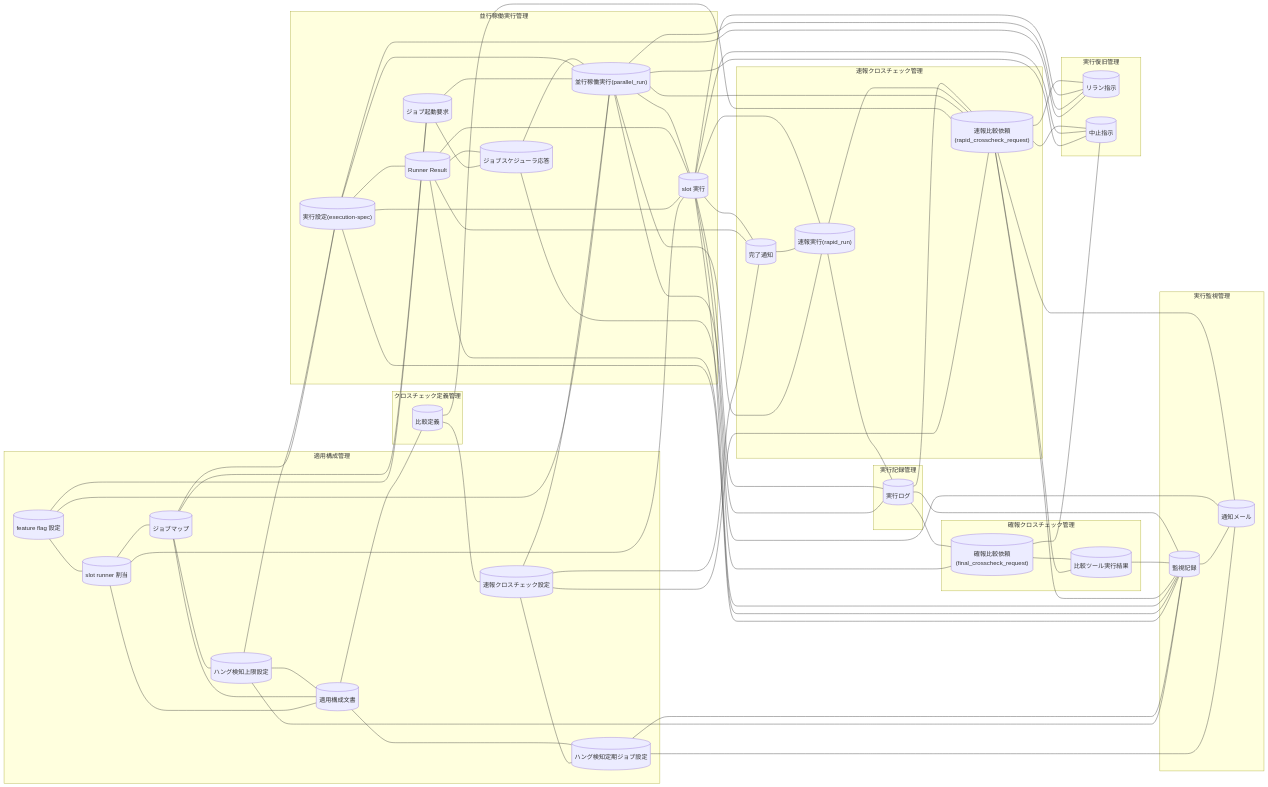
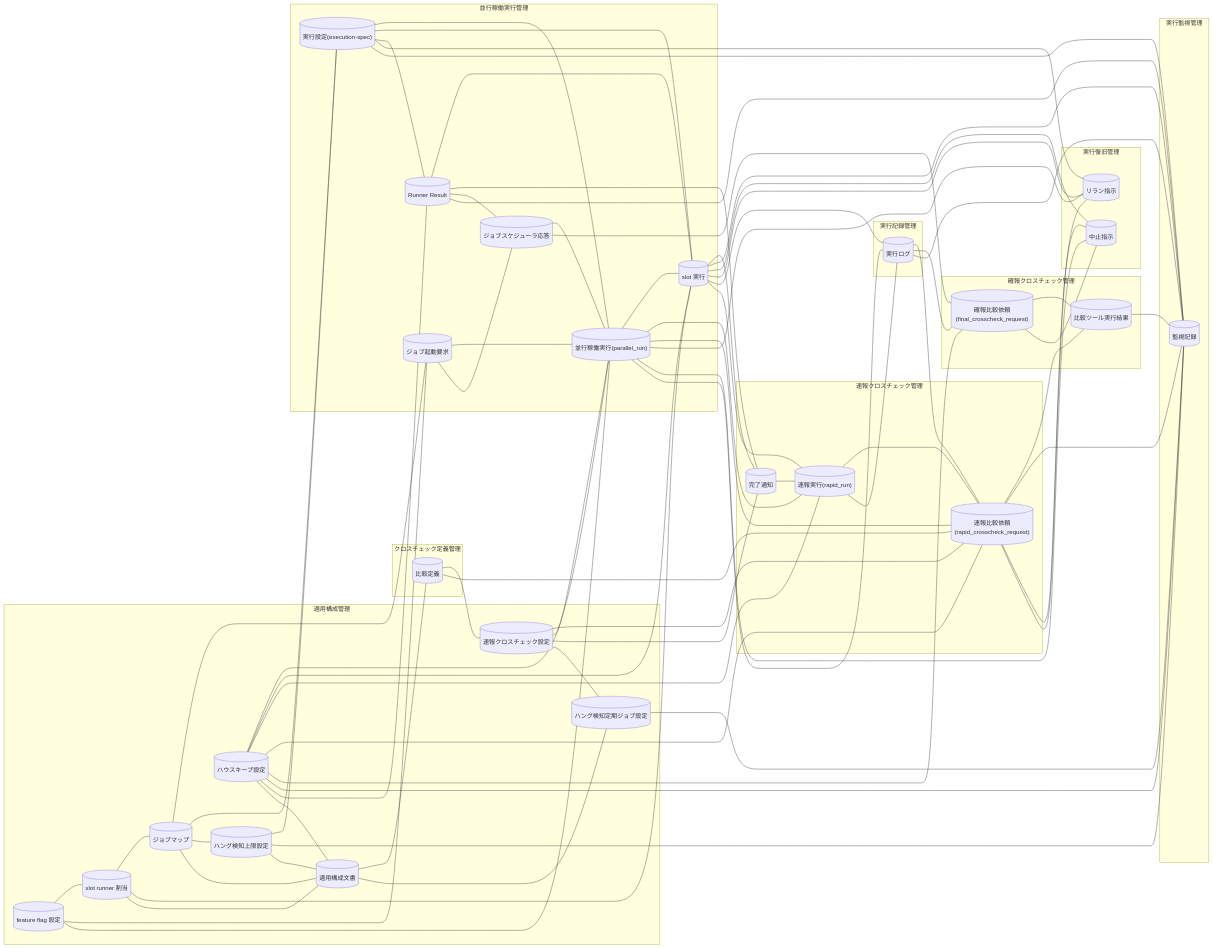
The diagram in docs/rdra/latest/views/05_情報モデル.md (suwa-sh/relay-gate), drawn with Mermaid before and after one commit. The commit also changed other lines of this file and 2131 other files, not shown here.

````diff
--- a/docs/rdra/latest/views/05_情報モデル.md
+++ b/docs/rdra/latest/views/05_情報モデル.md
@@ -14,30 +14,30 @@
     IF5[("適用構成文書")]
     IF6[("ハング検知定期ジョブ設定")]
     IF7[("速報クロスチェック設定")]
+    IF8[("ハウスキープ設定")]
   end
   subgraph CX2["クロスチェック定義管理"]
-    IF8[("比較定義")]
+    IF9[("比較定義")]
   end
   subgraph CX3["並行稼働実行管理"]
-    IF9[("ジョブ起動要求")]
-    IF10[("実行設定(execution-spec)")]
-    IF11[("Runner Result")]
-    IF12[("ジョブスケジューラ応答")]
-    IF13[("並行稼働実行(parallel_run)")]
-    IF14[("slot 実行")]
+    IF10[("ジョブ起動要求")]
+    IF11[("実行設定(execution-spec)")]
+    IF12[("Runner Result")]
+    IF13[("ジョブスケジューラ応答")]
+    IF14[("並行稼働実行(parallel_run)")]
+    IF15[("slot 実行")]
   end
   subgraph CX4["速報クロスチェック管理"]
-    IF15[("完了通知")]
-    IF16[("速報実行(rapid_run)")]
-    IF17[("速報比較依頼(rapid_crosscheck_request)")]
+    IF16[("完了通知")]
+    IF17[("速報実行(rapid_run)")]
+    IF18[("速報比較依頼(rapid_crosscheck_request)")]
   end
   subgraph CX5["確報クロスチェック管理"]
-    IF18[("確報比較依頼(final_crosscheck_request)")]
-    IF19[("比較ツール実行結果")]
+    IF19[("確報比較依頼(final_crosscheck_request)")]
+    IF20[("比較ツール実行結果")]
   end
   subgraph CX6["実行監視管理"]
-    IF20[("監視記録")]
-    IF21[("通知メール")]
+    IF21[("監視記録")]
   end
   subgraph CX7["実行復旧管理"]
     IF22[("リラン指示")]
@@ -47,67 +47,71 @@
     IF24[("実行ログ")]
   end
   IF1 --- IF2
-  IF1 --- IF9
-  IF1 --- IF13
+  IF1 --- IF10
+  IF1 --- IF14
   IF2 --- IF3
-  IF2 --- IF14
+  IF2 --- IF15
   IF2 --- IF5
-  IF3 --- IF9
   IF3 --- IF10
+  IF3 --- IF11
   IF3 --- IF4
   IF3 --- IF5
-  IF4 --- IF10
-  IF4 --- IF20
+  IF4 --- IF11
+  IF4 --- IF21
   IF4 --- IF5
-  IF5 --- IF8
+  IF5 --- IF9
   IF6 --- IF21
-  IF6 --- IF20
   IF6 --- IF5
-  IF7 --- IF17
-  IF7 --- IF13
-  IF7 --- IF15
+  IF7 --- IF18
+  IF7 --- IF14
+  IF7 --- IF16
   IF7 --- IF6
-  IF8 --- IF7
-  IF8 --- IF17
-  IF9 --- IF13
-  IF9 --- IF12
+  IF9 --- IF7
+  IF9 --- IF18
+  IF10 --- IF14
   IF10 --- IF13
-  IF10 --- IF14
-  IF10 --- IF11
-  IF10 --- IF22
-  IF10 --- IF20
   IF11 --- IF14
   IF11 --- IF15
   IF11 --- IF12
-  IF11 --- IF20
+  IF11 --- IF22
+  IF11 --- IF21
+  IF12 --- IF15
+  IF12 --- IF16
   IF12 --- IF13
-  IF12 --- IF18
+  IF12 --- IF21
   IF13 --- IF14
-  IF13 --- IF16
-  IF13 --- IF17
-  IF13 --- IF22
-  IF13 --- IF23
+  IF13 --- IF19
   IF14 --- IF15
-  IF14 --- IF20
+  IF14 --- IF17
+  IF14 --- IF18
+  IF14 --- IF22
   IF14 --- IF23
-  IF14 --- IF22
   IF15 --- IF16
+  IF15 --- IF21
+  IF15 --- IF23
+  IF15 --- IF22
   IF16 --- IF17
-  IF16 --- IF24
-  IF16 --- IF14
-  IF17 --- IF19
-  IF17 --- IF20
-  IF17 --- IF23
-  IF17 --- IF22
-  IF18 --- IF19
+  IF17 --- IF18
+  IF17 --- IF24
+  IF17 --- IF15
+  IF18 --- IF20
+  IF18 --- IF21
   IF18 --- IF23
+  IF18 --- IF22
   IF19 --- IF20
+  IF19 --- IF23
   IF20 --- IF21
-  IF21 --- IF14
-  IF21 --- IF17
-  IF24 --- IF13
   IF24 --- IF14
-  IF24 --- IF17
+  IF24 --- IF15
   IF24 --- IF18
-  IF24 --- IF20
+  IF24 --- IF19
+  IF24 --- IF21
+  IF8 --- IF14
+  IF8 --- IF15
+  IF8 --- IF17
+  IF8 --- IF18
+  IF8 --- IF19
+  IF8 --- IF21
+  IF8 --- IF12
+  IF8 --- IF5
 ```
````
